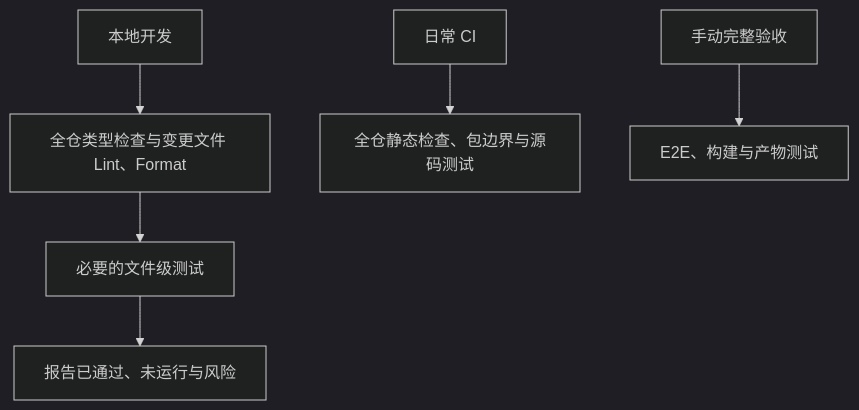
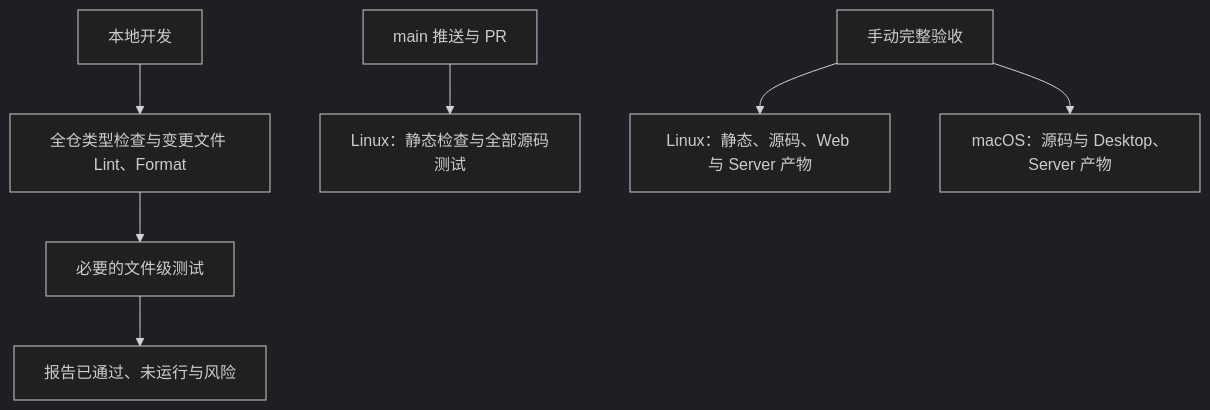
Before and after one commit to xidongdong-153/Pi-meme: the diagram in docs/testing.md, drawn with Mermaid. The commit also changed other lines of this file and 102 other files, not shown here.

````diff
--- a/docs/testing.md
+++ b/docs/testing.md
@@ -20,9 +20,10 @@
 ```mermaid
 %%{init: {"theme": "dark"}}%%
 flowchart TD
     A["本地开发"] --> B["全仓类型检查与变更文件 Lint、Format"]
     B --> C["必要的文件级测试"]
     C --> D["报告已通过、未运行与风险"]
-    E["日常 CI"] --> F["全仓静态检查、包边界与源码测试"]
-    G["手动完整验收"] --> H["E2E、构建与产物测试"]
+    E["main 推送与 PR"] --> F["Linux：静态检查与全部源码测试"]
+    G["手动完整验收"] --> H["Linux：静态、源码、Web 与 Server 产物"]
+    G --> I["macOS：源码与 Desktop、Server 产物"]
 ```
````
